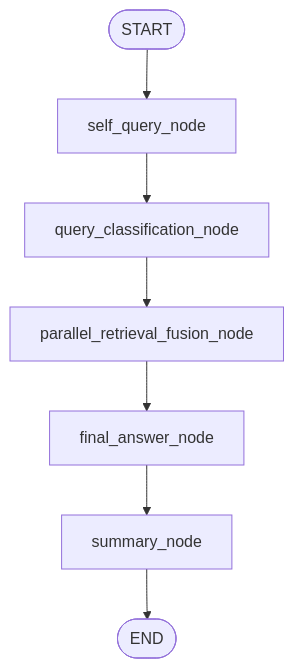
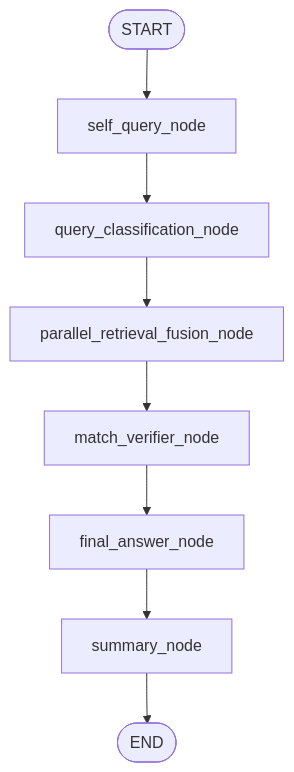
One commit to TheBestCapstone/CS32-1-surveillance-video-query-llm changed the diagram in agent/graph_structure.md. Above: the diagram before and after it, drawn with Mermaid. The commit also changed other lines of this file and 30 other files, not shown here.

````diff
--- a/agent/graph_structure.md
+++ b/agent/graph_structure.md
@@ -5,9 +5,10 @@
 ```mermaid
 graph TD
     START([START]) --> self_query_node
     self_query_node --> query_classification_node
     query_classification_node --> parallel_retrieval_fusion_node
-    parallel_retrieval_fusion_node --> final_answer_node
+    parallel_retrieval_fusion_node --> match_verifier_node
+    match_verifier_node --> final_answer_node
     final_answer_node --> summary_node
     summary_node --> END([END])
 ```
````
